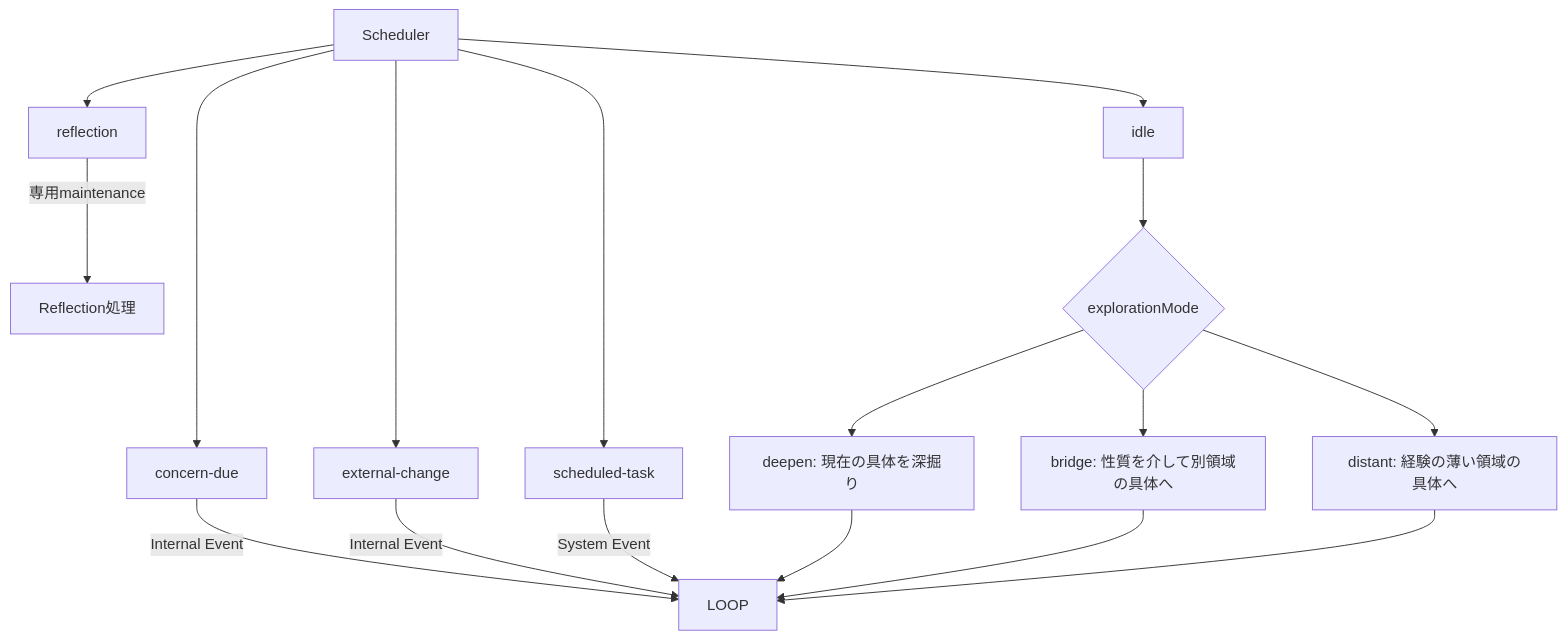
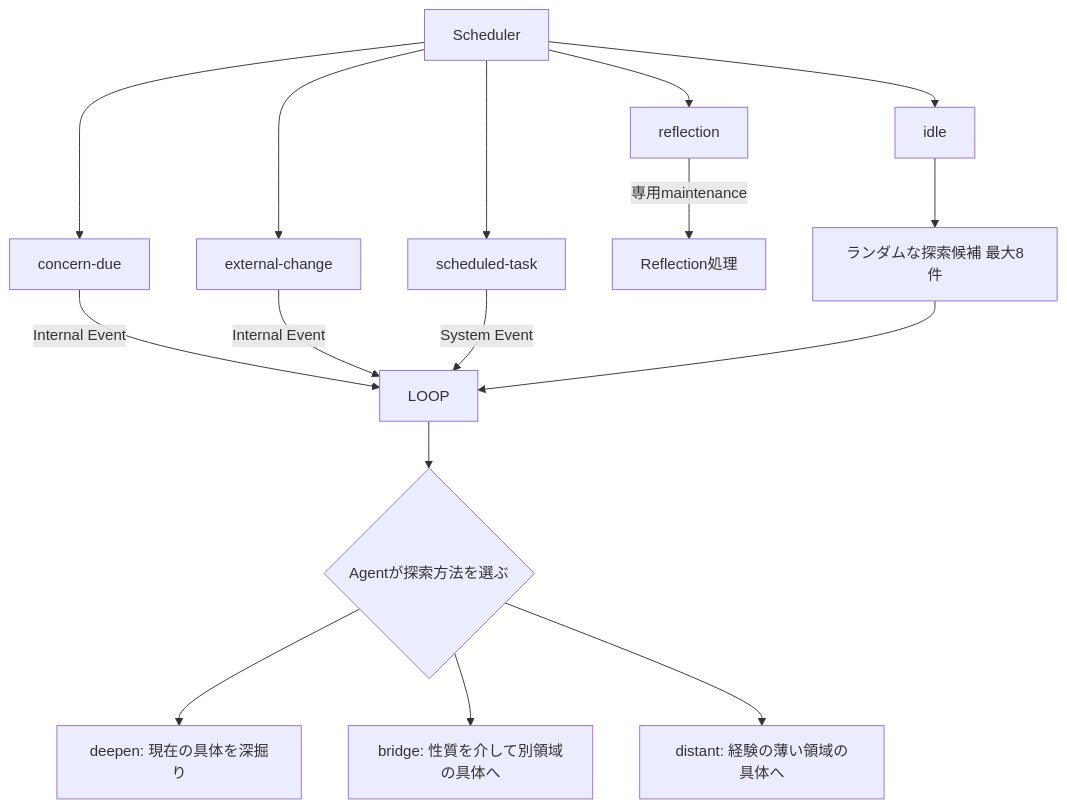
The fourth of 6 diagrams in docs/D3/AGENT_MOTIVATION_MODEL.md (if001/social_agent), drawn with Mermaid before and after one commit. The commit also changed other lines of this file and 25 other files, not shown here.

````diff
--- a/docs/D3/AGENT_MOTIVATION_MODEL.md
+++ b/docs/D3/AGENT_MOTIVATION_MODEL.md
@@ -145,21 +145,20 @@
 ```mermaid
 flowchart TD
     SCH[Scheduler] --> I[idle]
     SCH --> CD[concern-due]
     SCH --> EC[external-change]
     SCH --> RF[reflection]
     SCH --> TASK[scheduled-task]
 
     CD -->|Internal Event| LOOP
     EC -->|Internal Event| LOOP
     TASK -->|System Event| LOOP
     RF -->|専用maintenance| REFLECTION[Reflection処理]
 
-    I --> MODE{explorationMode}
+    I --> CAND[ランダムな探索候補 最大8件]
+    CAND --> LOOP
+    LOOP --> MODE{Agentが探索方法を選ぶ}
     MODE --> DEEPEN[deepen: 現在の具体を深掘り]
     MODE --> BRIDGE[bridge: 性質を介して別領域の具体へ]
     MODE --> DISTANT[distant: 経験の薄い領域の具体へ]
-    DEEPEN --> LOOP
-    BRIDGE --> LOOP
-    DISTANT --> LOOP
 ```
````
